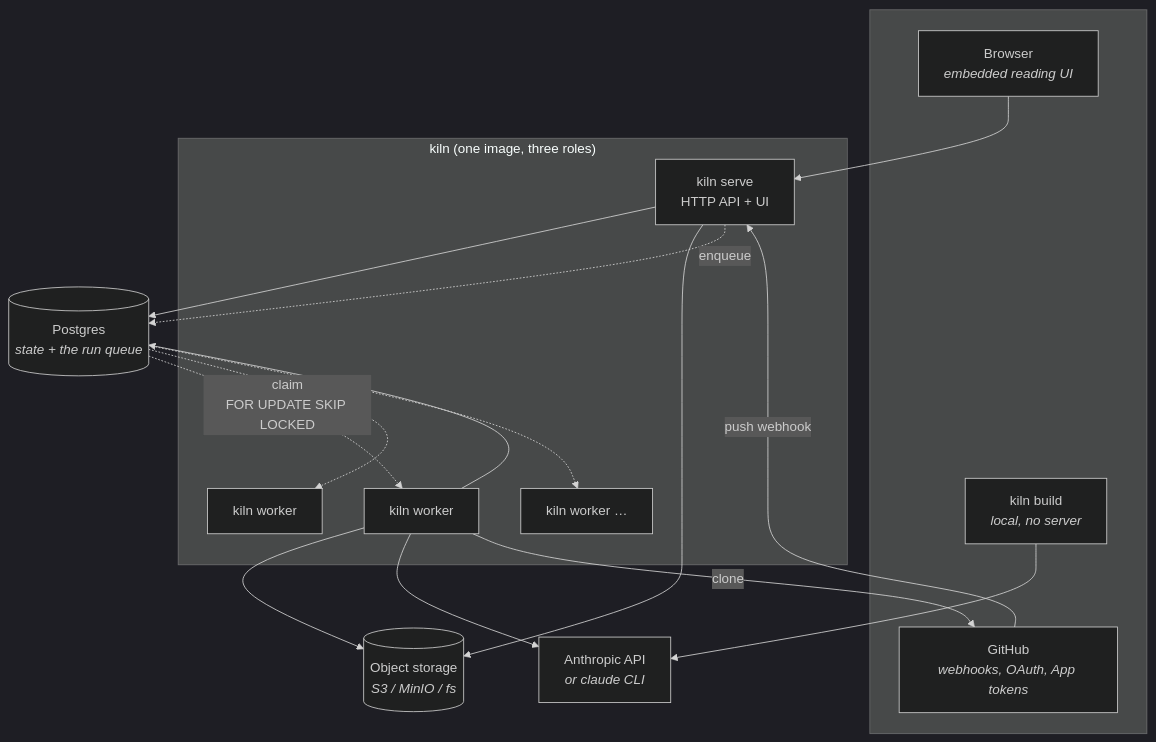
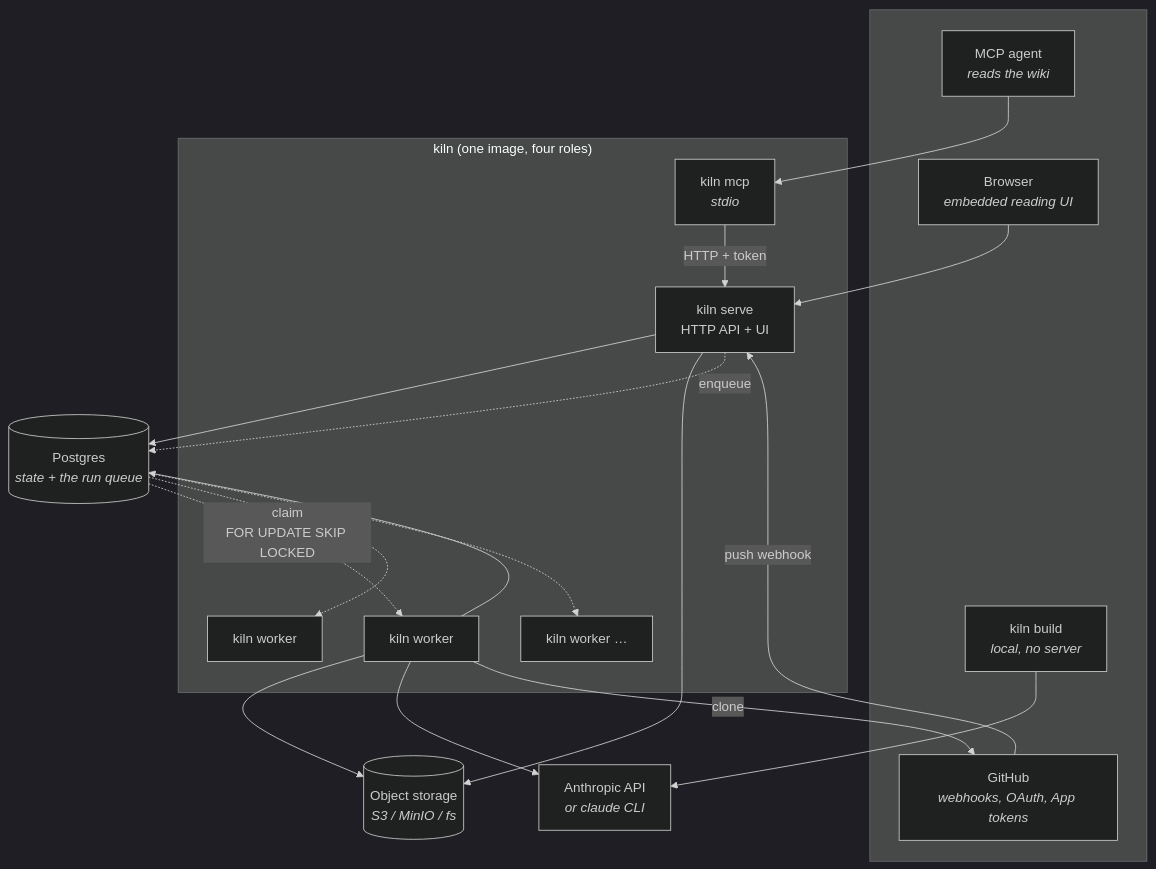
The first of 16 diagrams in docs/architecture.md (daiwa-zou/kiln), drawn with Mermaid (dark theme) before and after one commit. The commit also changed other lines of this file and 1 other file, not shown here.

````diff
--- a/docs/architecture.md
+++ b/docs/architecture.md
@@ -67,35 +67,39 @@
 ```mermaid
 flowchart TB
     subgraph clients[" "]
         Browser["Browser<br/><i>embedded reading UI</i>"]
+        Agent["MCP agent<br/><i>reads the wiki</i>"]
         CLI["kiln build<br/><i>local, no server</i>"]
         GH["GitHub<br/><i>webhooks, OAuth, App tokens</i>"]
     end
 
-    subgraph kiln["kiln (one image, three roles)"]
+    subgraph kiln["kiln (one image, four roles)"]
         API["kiln serve<br/>HTTP API + UI"]
+        MCP["kiln mcp<br/><i>stdio</i>"]
         W1["kiln worker"]
         W2["kiln worker"]
         WN["kiln worker …"]
     end
 
     PG[("Postgres<br/><i>state + the run queue</i>")]
     Blob[("Object storage<br/><i>S3 / MinIO / fs</i>")]
     Claude["Anthropic API<br/><i>or claude CLI</i>"]
 
     Browser --> API
+    Agent --> MCP
+    MCP -->|"HTTP + token"| API
     GH -->|"push webhook"| API
     API --> PG
     API --> Blob
     API -.->|"enqueue"| PG
 
     PG -.->|"claim<br/>FOR UPDATE SKIP LOCKED"| W1
     PG -.-> W2
     PG -.-> WN
 
     W1 --> PG
     W1 --> Blob
     W1 --> Claude
     W1 -->|"clone"| GH
     CLI --> Claude
 ```
````
